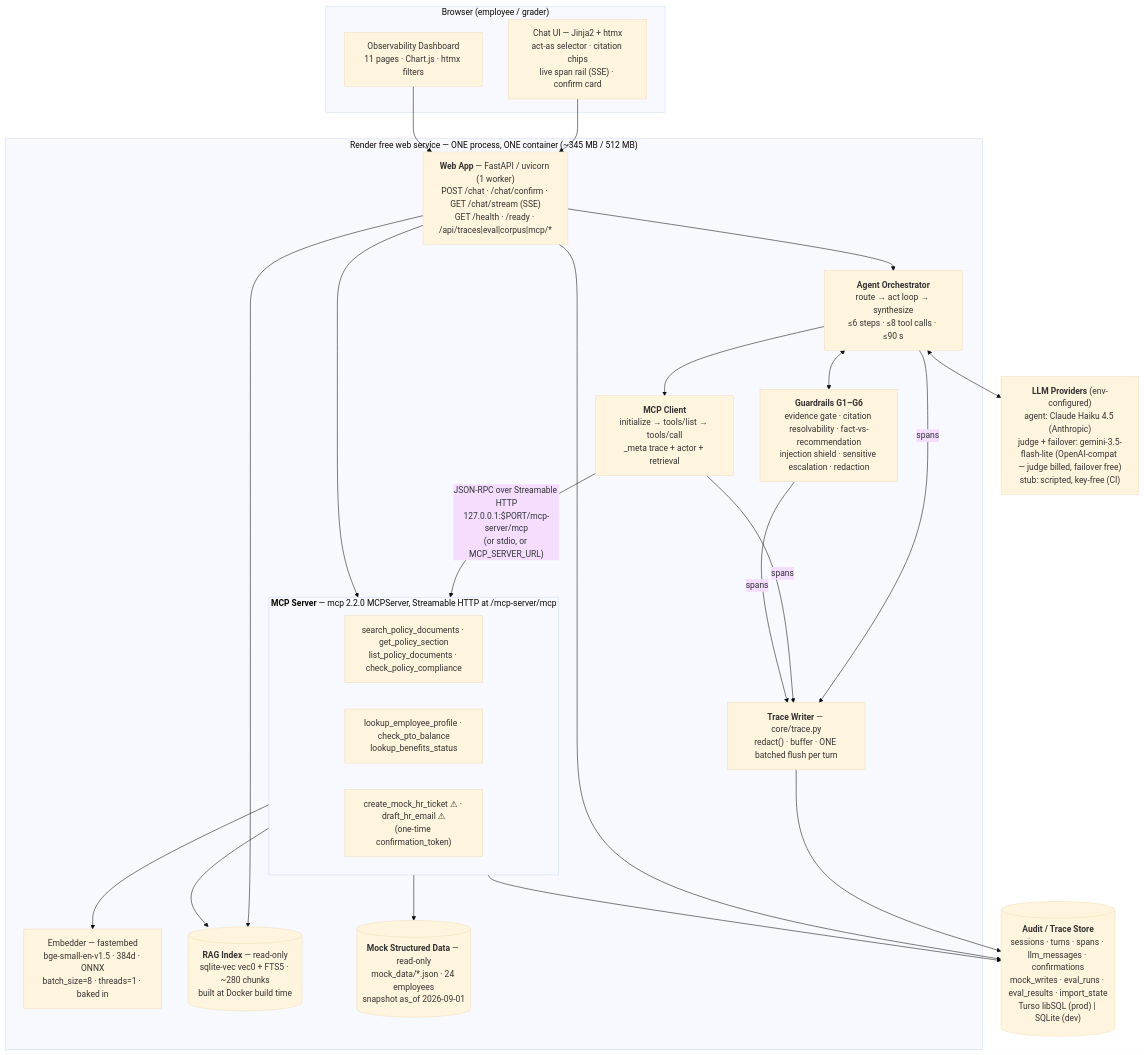
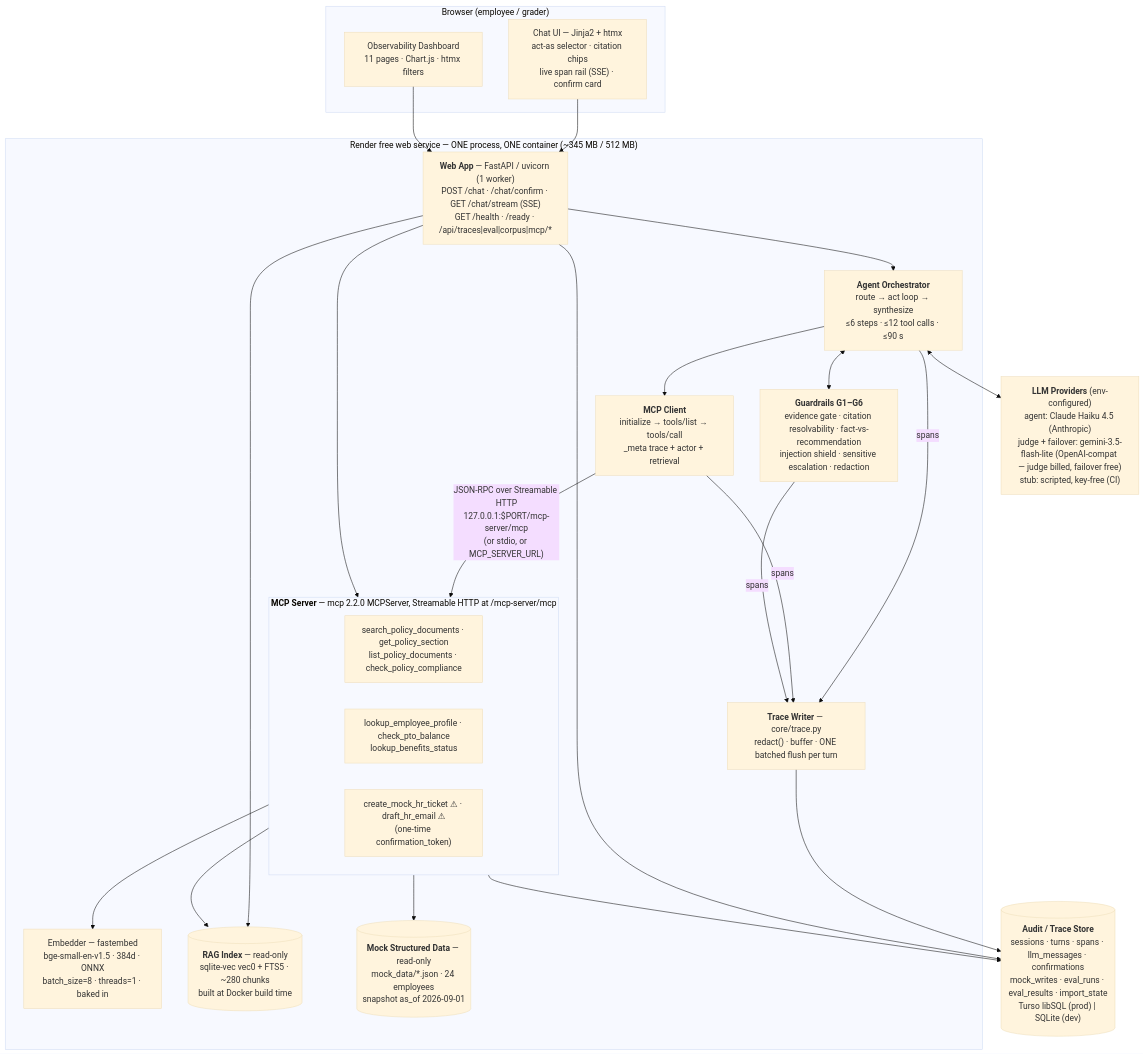
Before and after one commit to seantmalone/quantic-mosaic: the diagram in docs/superpowers/specs/2026-09-08-hr-agentic-rag-design.md, drawn with Mermaid (base theme). The commit also changed other lines of this file and 5 other files, not shown here.

````diff
--- a/docs/superpowers/specs/2026-09-08-hr-agentic-rag-design.md
+++ b/docs/superpowers/specs/2026-09-08-hr-agentic-rag-design.md
@@ -76,37 +76,37 @@
 ```mermaid
 flowchart TB
     subgraph browser["Browser (employee / grader)"]
         UI["Chat UI — Jinja2 + htmx<br/>act-as selector · citation chips<br/>live span rail (SSE) · confirm card"]
         DASH["Observability Dashboard<br/>11 pages · Chart.js · htmx filters"]
     end
     subgraph render["Render free web service — ONE process, ONE container (~345 MB / 512 MB)"]
         WEB["<b>Web App</b> — FastAPI / uvicorn (1 worker)<br/>POST /chat · /chat/confirm · GET /chat/stream (SSE)<br/>GET /health · /ready · /api/traces|eval|corpus|mcp/*"]
-        ORCH["<b>Agent Orchestrator</b><br/>route → act loop → synthesize<br/>≤6 steps · ≤8 tool calls · ≤90 s"]
+        ORCH["<b>Agent Orchestrator</b><br/>route → act loop → synthesize<br/>≤6 steps · ≤12 tool calls · ≤90 s"]
         GUARD["<b>Guardrails G1–G6</b><br/>evidence gate · citation resolvability · fact-vs-recommendation<br/>injection shield · sensitive escalation · redaction"]
         MCPC["<b>MCP Client</b><br/>initialize → tools/list → tools/call<br/>_meta trace + actor + retrieval"]
         subgraph mcps["<b>MCP Server</b> — mcp 2.2.0 MCPServer, Streamable HTTP at /mcp-server/mcp"]
             direction LR
             T1["search_policy_documents · get_policy_section<br/>list_policy_documents · check_policy_compliance"]
             T2["lookup_employee_profile · check_pto_balance<br/>lookup_benefits_status"]
             T3["create_mock_hr_ticket ⚠ · draft_hr_email ⚠<br/>(one-time confirmation_token)"]
         end
         EMB["Embedder — fastembed<br/>bge-small-en-v1.5 · 384d · ONNX<br/>batch_size=8 · threads=1 · baked in"]
         RAGIDX[("<b>RAG Index</b> — read-only<br/>sqlite-vec vec0 + FTS5 · ~280 chunks<br/>built at Docker build time")]
         MOCK[("<b>Mock Structured Data</b> — read-only<br/>mock_data/*.json · 24 employees<br/>snapshot as_of 2026-09-01")]
         TRACE["<b>Trace Writer</b> — core/trace.py<br/>redact() · buffer · ONE batched flush per turn"]
     end
     STORE[("<b>Audit / Trace Store</b><br/>sessions · turns · spans · llm_messages · confirmations<br/>mock_writes · eval_runs · eval_results · import_state<br/>Turso libSQL (prod) | SQLite (dev)")]
     LLM["<b>LLM Providers</b> (env-configured)<br/>agent: Claude Haiku 4.5 (Anthropic)<br/>judge + failover: gemini-3.5-flash-lite (OpenAI-compat — judge billed, failover free)<br/>stub: scripted, key-free (CI)"]
     UI & DASH --> WEB
     WEB --> ORCH
     ORCH <--> GUARD
     ORCH --> MCPC
     MCPC -- "JSON-RPC over Streamable HTTP<br/>127.0.0.1:$PORT/mcp-server/mcp<br/>(or stdio, or MCP_SERVER_URL)" --> mcps
     T1 --> RAGIDX & EMB
     T2 --> MOCK
     T3 --> STORE
     ORCH <--> LLM
     ORCH & MCPC & GUARD -- spans --> TRACE
     TRACE --> STORE
     WEB --> STORE & mcps & RAGIDX
 ```
````
